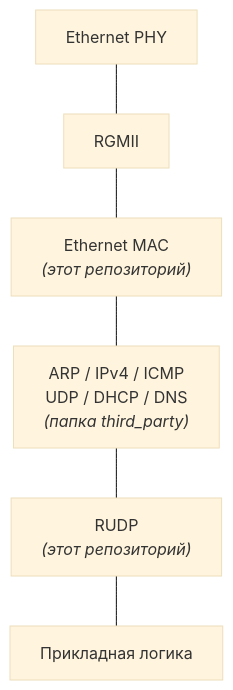
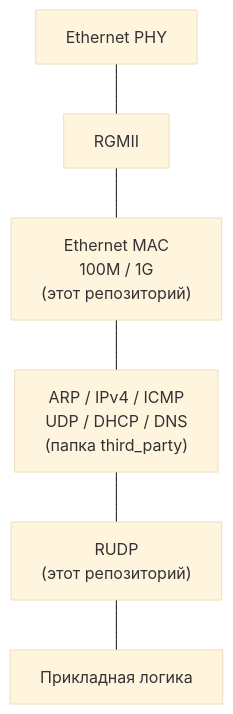
The third of 4 diagrams in README.md (Deynonih-AI/RUDP), drawn with Mermaid (base theme) before and after one commit. The commit also changed other lines of this file, not shown here.

````diff
--- a/README.md
+++ b/README.md
@@ -337,15 +341,15 @@
 ```mermaid
 flowchart TD
     PHY["Ethernet PHY"]
     RGMII["RGMII"]
-    MAC["Ethernet MAC<br/><i>(этот репозиторий)</i>"]
-    EXT["ARP / IPv4 / ICMP<br/>UDP / DHCP / DNS<br/><i>(папка third_party)</i>"]
-    RUDP["RUDP<br/><i>(этот репозиторий)</i>"]
+    MAC["Ethernet MAC<br>100M / 1G<br>(этот репозиторий)"]
+    EXT["ARP / IPv4 / ICMP<br>UDP / DHCP / DNS<br>(папка third_party)"]
+    RUDP["RUDP<br>(этот репозиторий)"]
     APP["Прикладная логика"]
 
     PHY --- RGMII
     RGMII --- MAC
     MAC --- EXT
     EXT --- RUDP
     RUDP --- APP
 ```
````
